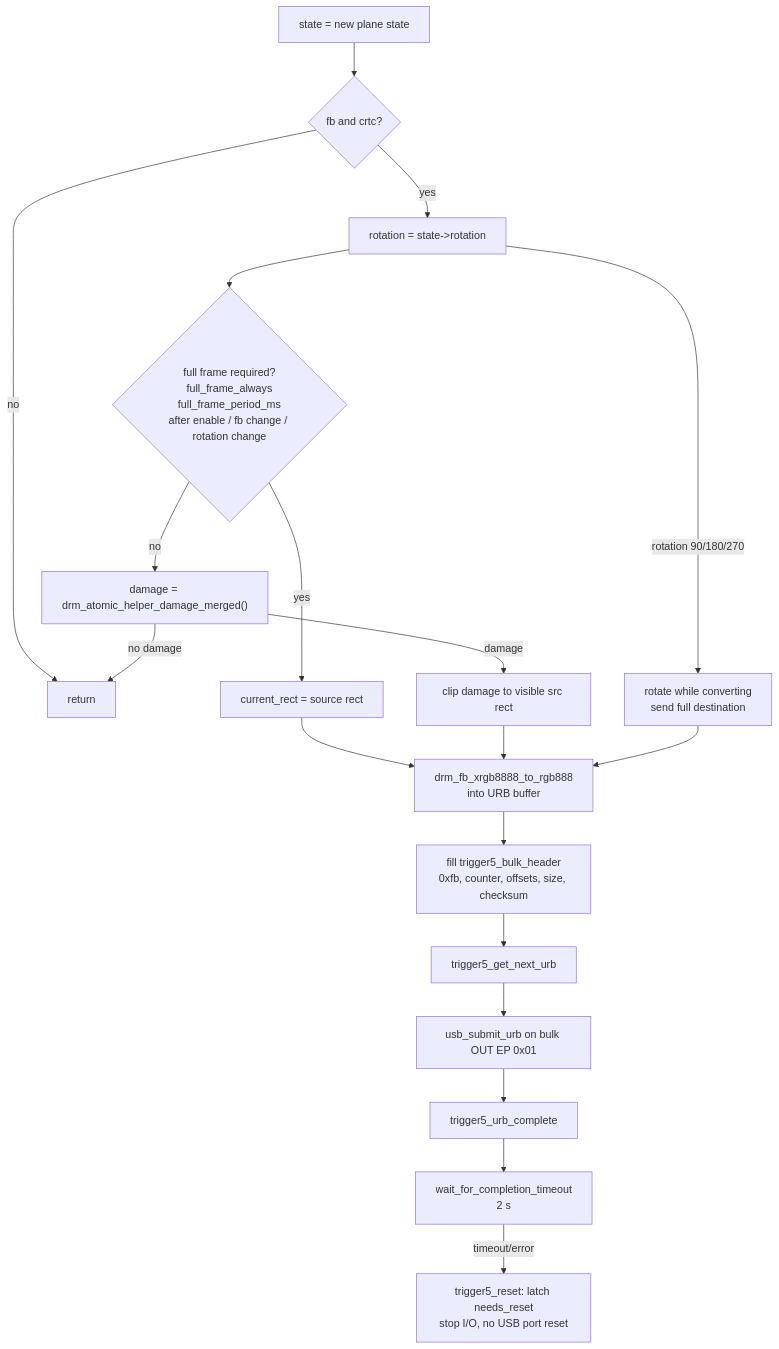
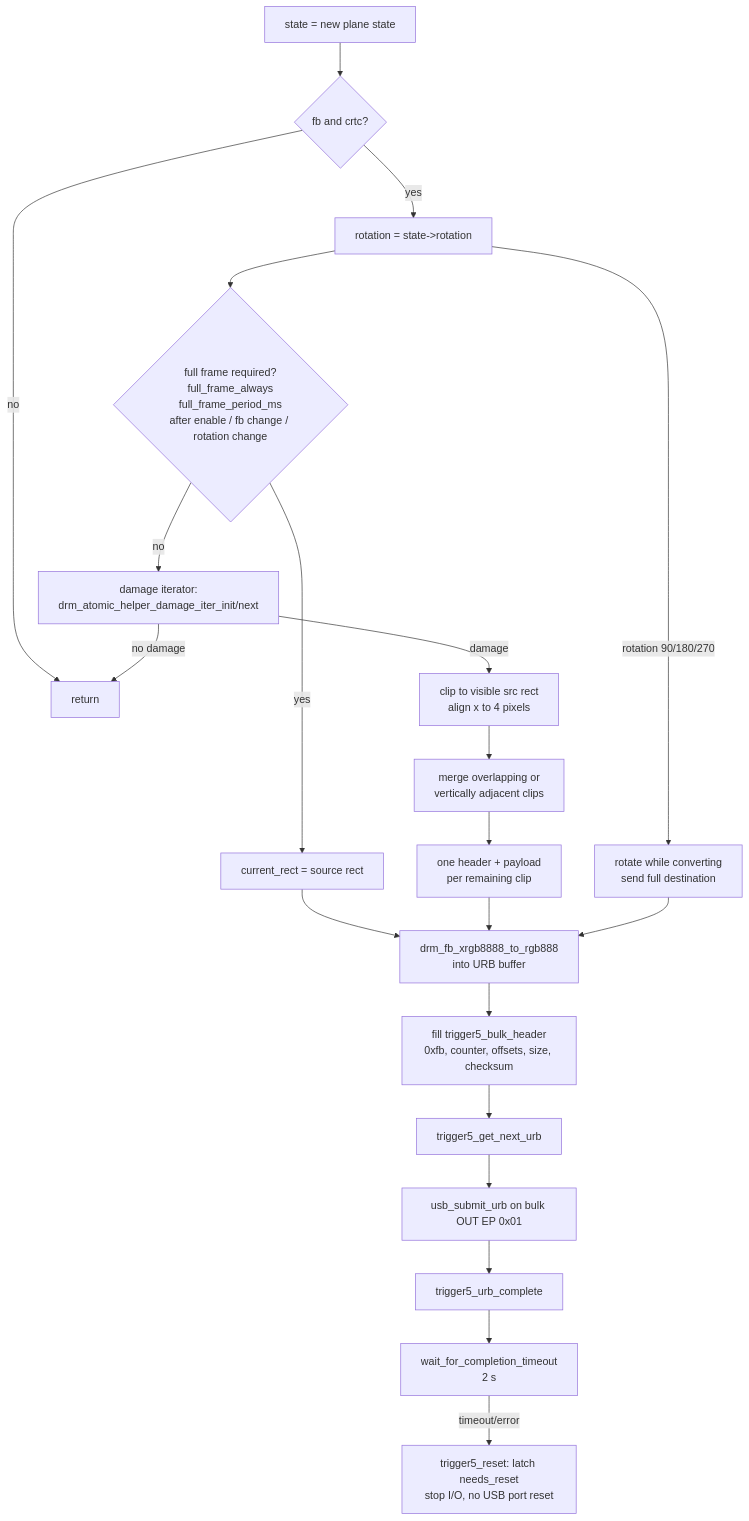
Before and after one commit to IdoitEngineer/mct-trigger5-linux: the third of 4 diagrams in docs/call-flow.md, drawn with Mermaid. The commit also changed other lines of this file and 16 other files, not shown here.

First line of the commit message:
driver: send each damage clip as its own partial frame

````diff
--- a/docs/call-flow.md
+++ b/docs/call-flow.md
@@ -128,21 +128,23 @@
 ```mermaid
 flowchart TD
     A["state = new plane state"] --> B{"fb and crtc?"}
     B -- no --> Z["return"]
     B -- yes --> C["rotation = state->rotation"]
     C --> D{"full frame required?<br/>full_frame_always<br/>full_frame_period_ms<br/>after enable / fb change / rotation change"}
     D -- yes --> E["current_rect = source rect"]
-    D -- no --> F["damage = drm_atomic_helper_damage_merged()"]
+    D -- no --> F["damage iterator:<br/>drm_atomic_helper_damage_iter_init/next"]
     F -->|no damage| Z
-    F -->|damage| G["clip damage to visible src rect"]
+    F -->|damage| G["clip to visible src rect<br/>align x to 4 pixels"]
+    G --> G2["merge overlapping or<br/>vertically adjacent clips"]
     E --> H["drm_fb_xrgb8888_to_rgb888<br/>into URB buffer"]
-    G --> H
+    G2 --> H2["one header + payload<br/>per remaining clip"]
+    H2 --> H
     C -->|rotation 90/180/270| I["rotate while converting<br/>send full destination"]
     I --> H
     H --> J["fill trigger5_bulk_header<br/>0xfb, counter, offsets, size, checksum"]
     J --> K["trigger5_get_next_urb"]
     K --> L["usb_submit_urb on bulk OUT EP 0x01"]
     L --> M["trigger5_urb_complete"]
     M --> N["wait_for_completion_timeout<br/>2 s"]
     N -->|timeout/error| O["trigger5_reset: latch needs_reset<br/>stop I/O, no USB port reset"]
 ```
````
